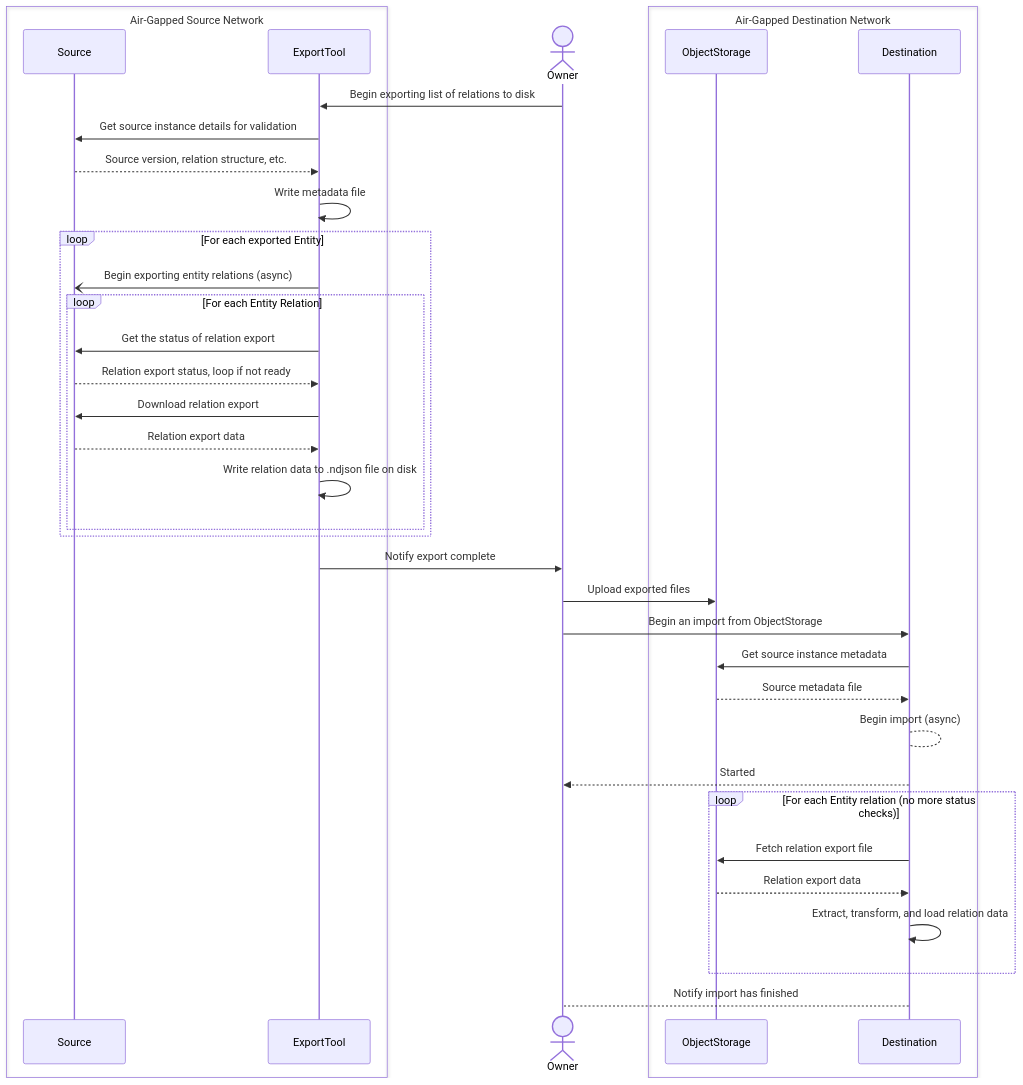
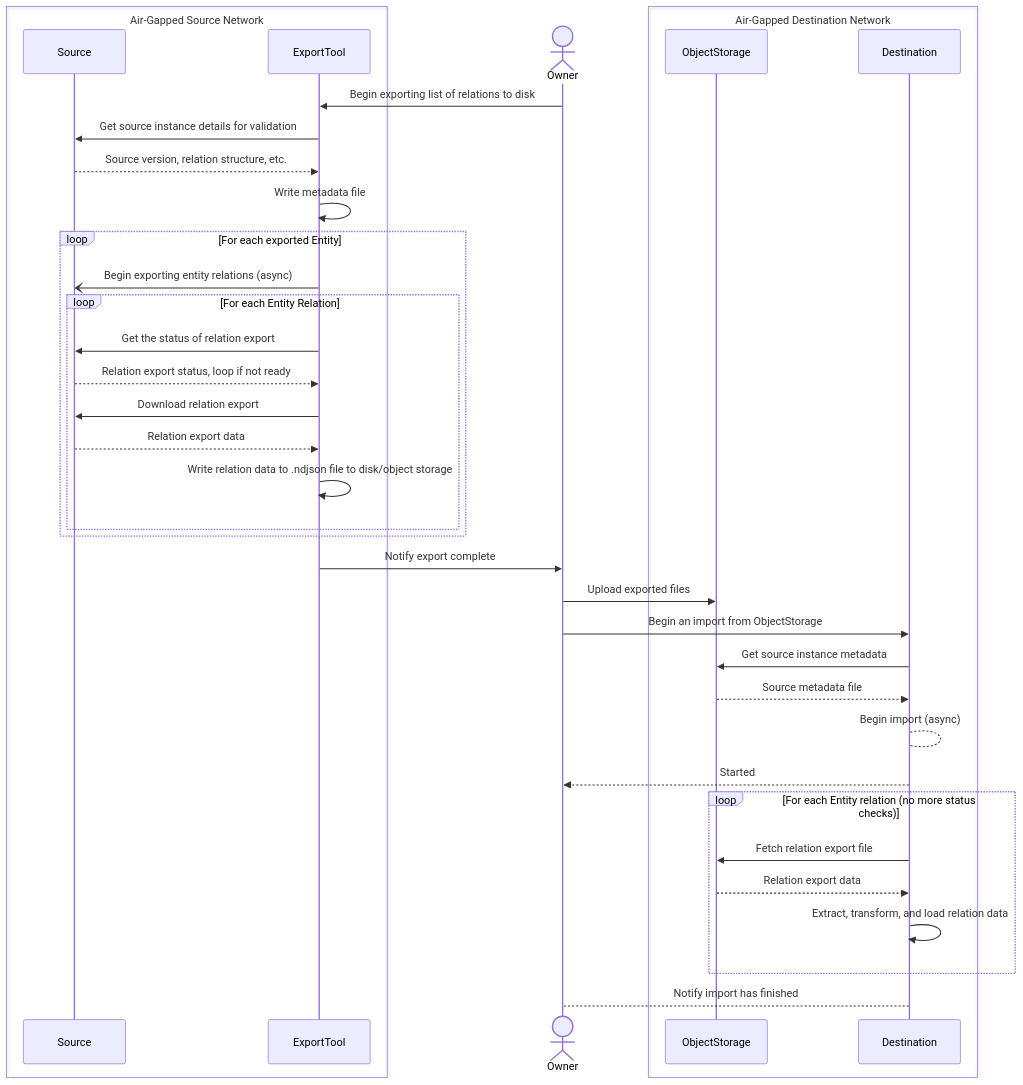
One commit to zalyoung/gitlab-handbook changed the second of 2 diagrams in content/handbook/engineering/architecture/design-documents/offline_direct_transfer_migrations/_index.md. Above: the diagram before and after it, drawn with Mermaid. The commit also changed other lines of this file, not shown here.

Commit message:
Added notes on import architecture from S3

````diff
--- a/content/handbook/engineering/architecture/design-documents/offline_direct_transfer_migrations/_index.md
+++ b/content/handbook/engineering/architecture/design-documents/offline_direct_transfer_migrations/_index.md
@@ -140,41 +140,41 @@
 ```mermaid
 sequenceDiagram
     box Air-Gapped Source Network
       participant Source
       participant ExportTool
     end
     actor Owner
     box Air-Gapped Destination Network
       participant ObjectStorage
       participant Destination
     end
     Owner->>ExportTool: Begin exporting list of relations to disk
     ExportTool->>Source: Get source instance details for validation
     Source-->>ExportTool: Source version, relation structure, etc.
     ExportTool->>ExportTool: Write metadata file
     loop For each exported Entity
         ExportTool-)Source: Begin exporting entity relations (async)
         loop For each Entity Relation
           ExportTool->>Source: Get the status of relation export
           Source-->>ExportTool: Relation export status, loop if not ready
           ExportTool->>Source: Download relation export
           Source-->>ExportTool: Relation export data
-          ExportTool->>ExportTool: Write relation data to .ndjson file on disk
+          ExportTool->>ExportTool: Write relation data to .ndjson file to disk/object storage
         end
     end
     ExportTool->>Owner: Notify export complete
 
     Owner->>ObjectStorage: Upload exported files
 
     Owner->>Destination: Begin an import from ObjectStorage
     Destination->>ObjectStorage: Get source instance metadata
     ObjectStorage-->>Destination: Source metadata file
     Destination-->Destination: Begin import (async)
     Destination-->>Owner: Started
     loop For each Entity relation (no more status checks)
         Destination->>ObjectStorage: Fetch relation export file
         ObjectStorage-->>Destination: Relation export data
         Destination->>Destination: Extract, transform, and load relation data
     end
     Destination-->Owner: Notify import has finished
 ```
````
